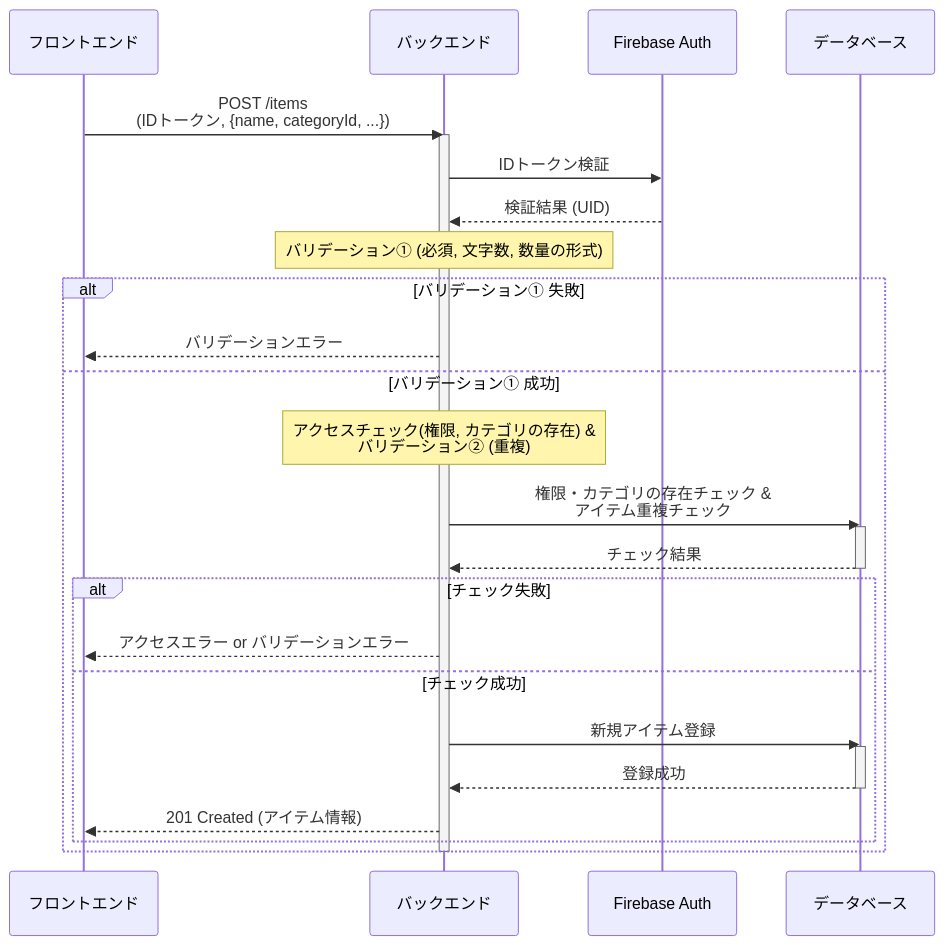
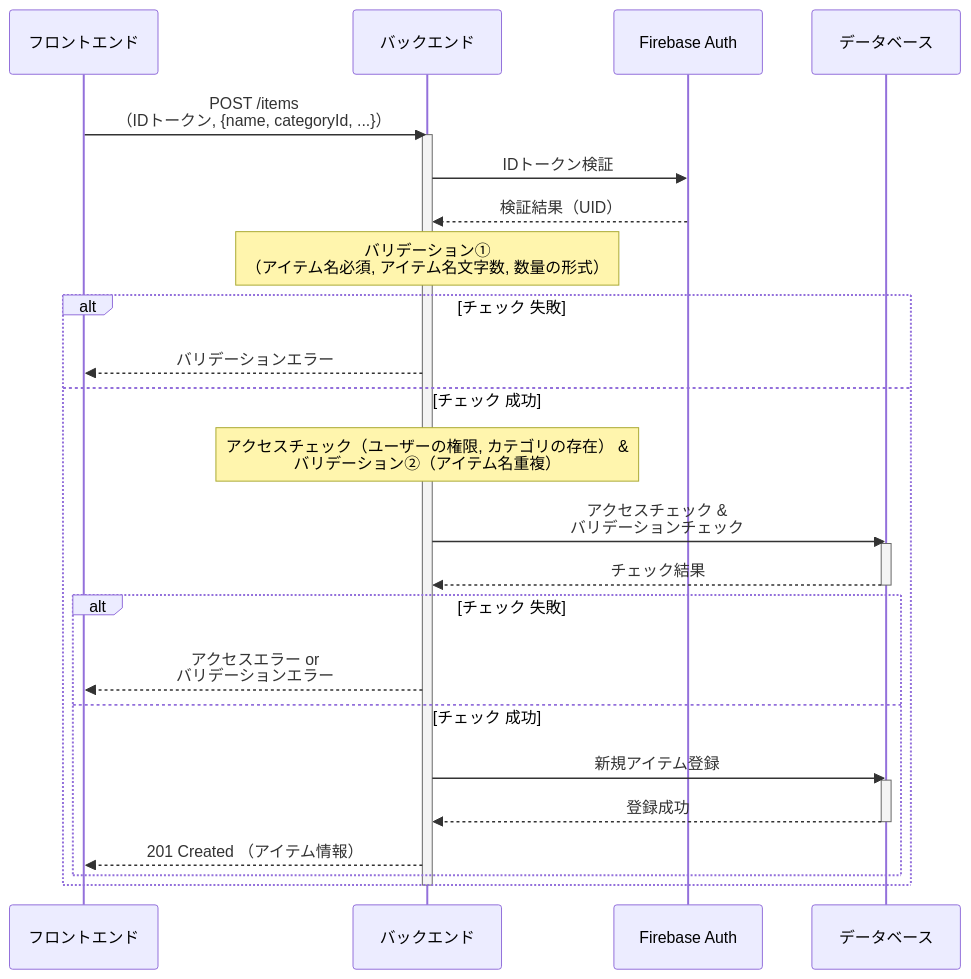
One commit to miki-hayashi-71/inventory-api changed the seventh of 9 diagrams in doc/seaquence.md. Above: the diagram before and after it, drawn with Mermaid. The commit also changed other lines of this file, not shown here.

Commit message:
docs: Revise sequence diagram to clarify subjects and improve layout

````diff
--- a/doc/seaquence.md
+++ b/doc/seaquence.md
@@ -203,35 +199,35 @@
 ```mermaid
 sequenceDiagram
     participant フロントエンド
     participant バックエンド
     participant Firebase Auth
     participant データベース
 
-    フロントエンド->>バックエンド: POST /items <br> (IDトークン, {name, categoryId, ...})
+    フロントエンド->>バックエンド: POST /items <br>（IDトークン, {name, categoryId, ...}）
     activate バックエンド
     バックエンド->>Firebase Auth: IDトークン検証
-    Firebase Auth-->>バックエンド: 検証結果 (UID)
+    Firebase Auth-->>バックエンド: 検証結果（UID）
 
-    note over バックエンド: バリデーション① (必須, 文字数, 数量の形式)
+    note over バックエンド: バリデーション① <br>（アイテム名必須, アイテム名文字数, 数量の形式）
     
-    alt バリデーション① 失敗
+    alt チェック 失敗
         バックエンド-->>フロントエンド: バリデーションエラー
-    else バリデーション① 成功
-        note over バックエンド: アクセスチェック(権限, カテゴリの存在) & <br> バリデーション② (重複)
-        バックエンド->>データベース: 権限・カテゴリの存在チェック & <br>アイテム重複チェック
+    else チェック 成功
+        note over バックエンド: アクセスチェック（ユーザーの権限, カテゴリの存在） & <br> バリデーション②（アイテム名重複）
+        バックエンド->>データベース: アクセスチェック & <br>バリデーションチェック
         activate データベース
         データベース-->>バックエンド: チェック結果
         deactivate データベース
 
-        alt チェック失敗
-            バックエンド-->>フロントエンド: アクセスエラー or バリデーションエラー
-        else チェック成功
+        alt チェック 失敗
+            バックエンド-->>フロントエンド: アクセスエラー or <br>バリデーションエラー
+        else チェック 成功
             バックエンド->>データベース: 新規アイテム登録
             activate データベース
             データベース-->>バックエンド: 登録成功
             deactivate データベース
-            バックエンド-->>フロントエンド: 201 Created (アイテム情報)
+            バックエンド-->>フロントエンド: 201 Created （アイテム情報）
         end
     end
     deactivate バックエンド
 ```
````
